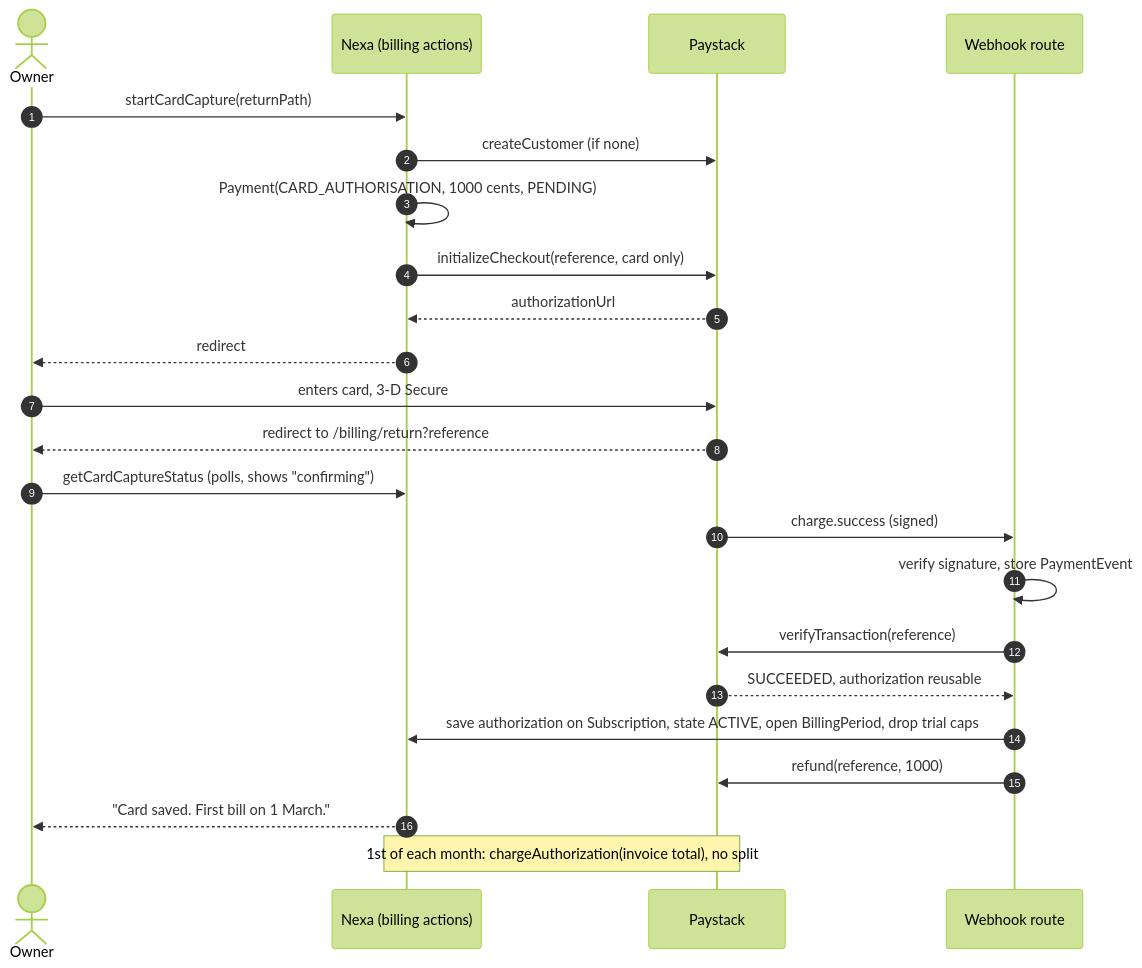
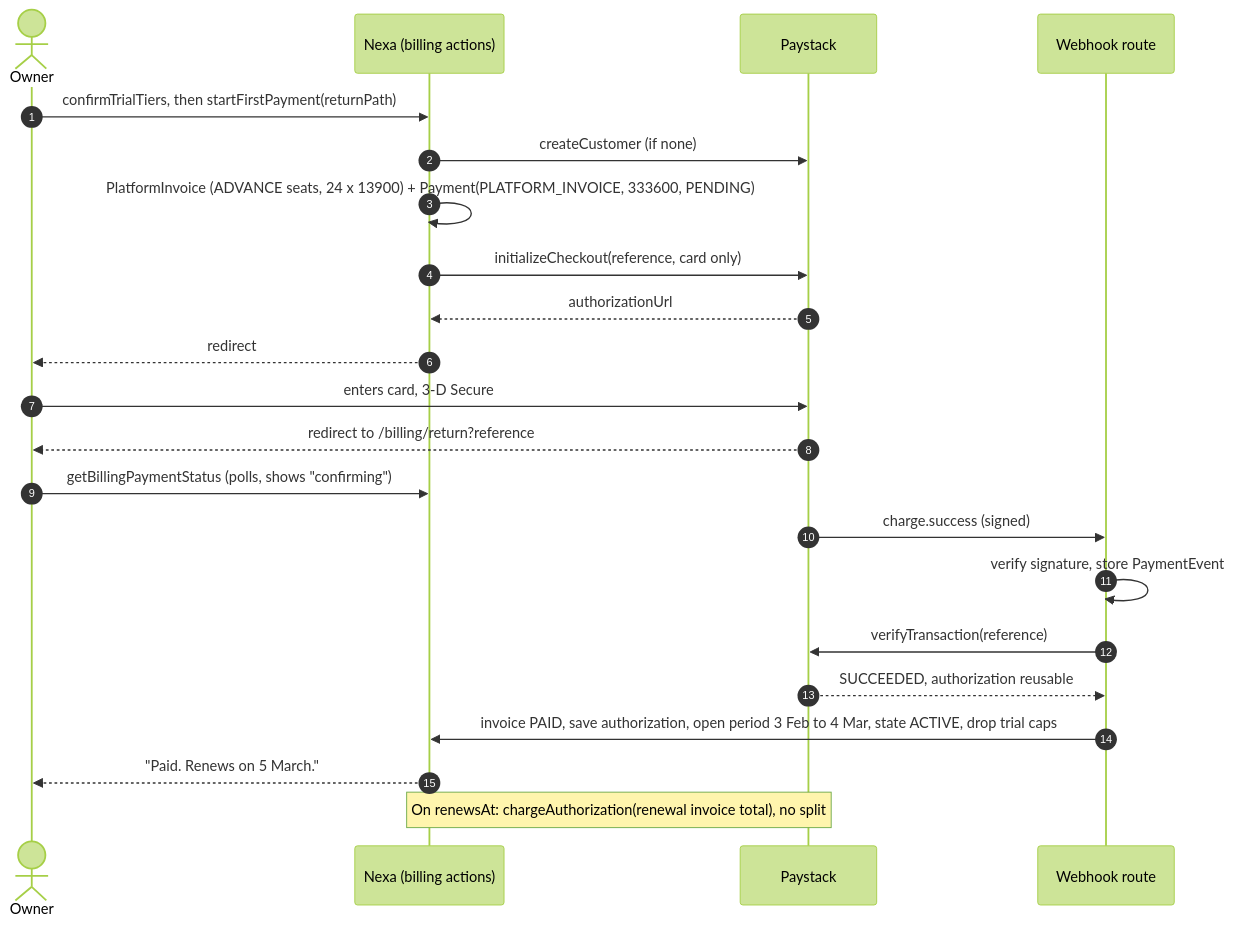
One commit to jassiel-ndlovu/grit-lms changed the first of 4 diagrams in docs/revamp/a/design/04-payments.md. Above: the diagram before and after it, drawn with Mermaid (forest theme). The commit also changed other lines of this file and 8 other files, not shown here.

````diff
--- a/docs/revamp/a/design/04-payments.md
+++ b/docs/revamp/a/design/04-payments.md
@@ -118,25 +119,24 @@
 ```mermaid
 sequenceDiagram
   autonumber
   actor O as Owner
   participant N as Nexa (billing actions)
   participant P as Paystack
   participant W as Webhook route
-  O->>N: startCardCapture(returnPath)
+  O->>N: confirmTrialTiers, then startFirstPayment(returnPath)
   N->>P: createCustomer (if none)
-  N->>N: Payment(CARD_AUTHORISATION, 1000 cents, PENDING)
+  N->>N: PlatformInvoice (ADVANCE seats, 24 x 13900) + Payment(PLATFORM_INVOICE, 333600, PENDING)
   N->>P: initializeCheckout(reference, card only)
   P-->>N: authorizationUrl
   N-->>O: redirect
   O->>P: enters card, 3-D Secure
   P-->>O: redirect to /billing/return?reference
-  O->>N: getCardCaptureStatus (polls, shows "confirming")
+  O->>N: getBillingPaymentStatus (polls, shows "confirming")
   P->>W: charge.success (signed)
   W->>W: verify signature, store PaymentEvent
   W->>P: verifyTransaction(reference)
   P-->>W: SUCCEEDED, authorization reusable
-  W->>N: save authorization on Subscription, state ACTIVE, open BillingPeriod, drop trial caps
-  W->>P: refund(reference, 1000)
-  N-->>O: "Card saved. First bill on 1 March."
-  Note over N,P: 1st of each month: chargeAuthorization(invoice total), no split
+  W->>N: invoice PAID, save authorization, open period 3 Feb to 4 Mar, state ACTIVE, drop trial caps
+  N-->>O: "Paid. Renews on 5 March."
+  Note over N,P: On renewsAt: chargeAuthorization(renewal invoice total), no split
 ```
````
